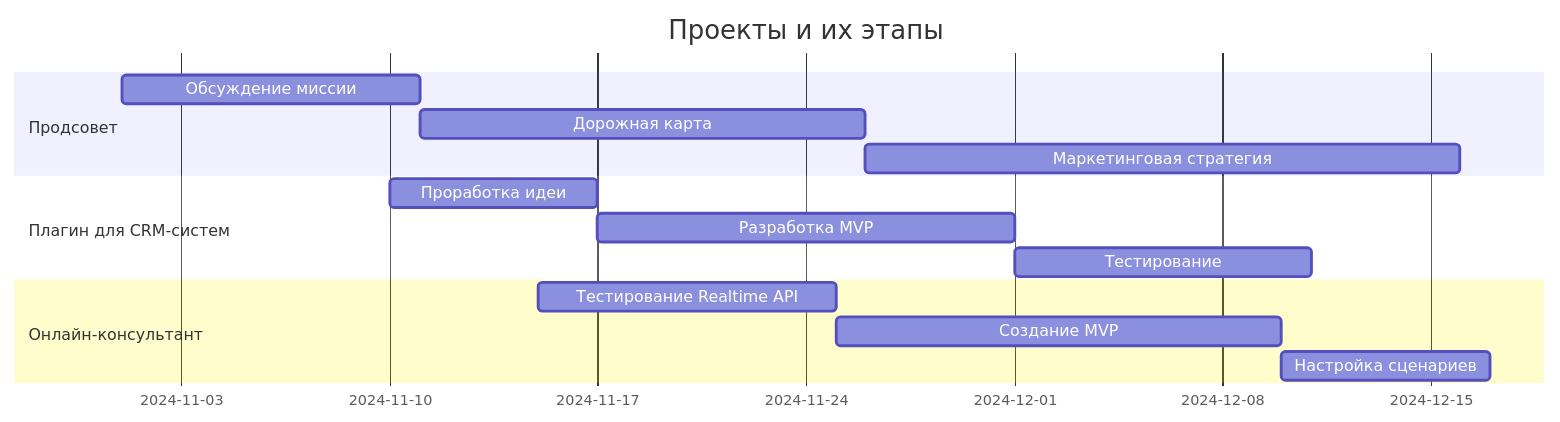
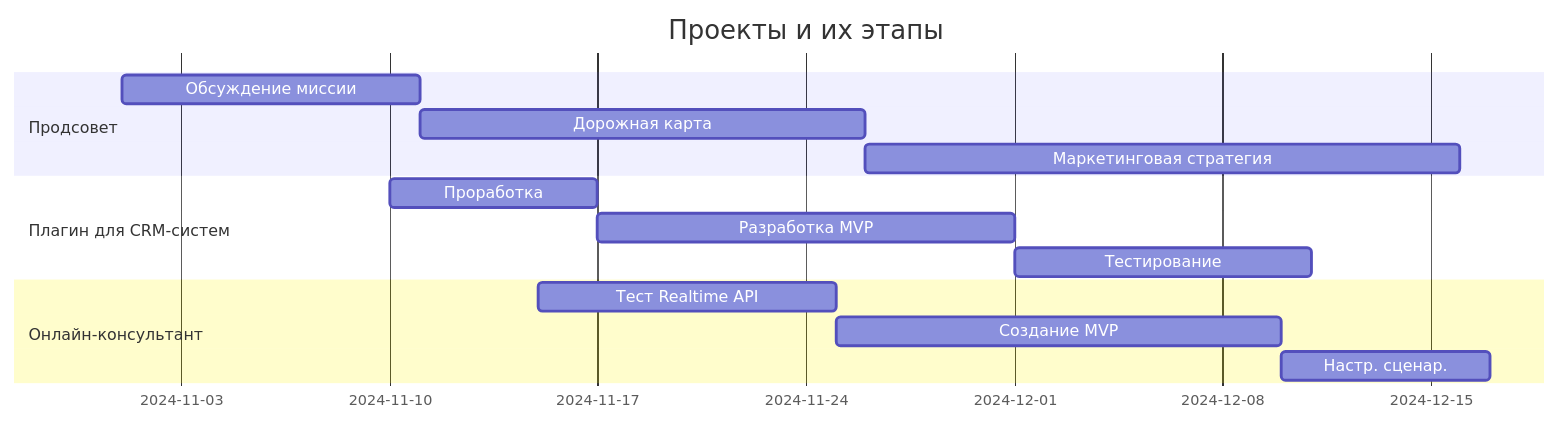
One commit to Dan4eck/Quartz_blog changed the second of 6 diagrams in content/0. Community/📂 Пул проектов/Текущие проекты таблици и Mermaid.md. Above: the diagram before and after it, drawn with Mermaid. The commit also changed other lines of this file, not shown here.

````diff
--- a/content/0. Community/📂 Пул проектов/Текущие проекты таблици и Mermaid.md
+++ b/content/0. Community/📂 Пул проектов/Текущие проекты таблици и Mermaid.md
@@ -35,17 +31,17 @@
 ```mermaid
 gantt
     title Проекты и их этапы
-    dateFormat  YYYY-MM-DD
+    dateFormat  DD-MM-YYYY
     section Продсовет
-    Обсуждение миссии          :a1, 2024-11-01, 10d
+    Обсуждение миссии          :a1, 01-11-2024, 10d
     Дорожная карта             :a2, after a1, 15d
     Маркетинговая стратегия    :a3, after a2, 20d
     section Плагин для CRM-систем
-    Проработка идеи            :b1, 2024-11-10, 7d
+    Проработка                 :b1, 10-11-2024, 7d
     Разработка MVP             :b2, after b1, 14d
     Тестирование               :b3, after b2, 10d
     section Онлайн-консультант
-    Тестирование Realtime API  :c1, 2024-11-15, 10d
+    Тест Realtime API          :c1, 15-11-2024, 10d
     Создание MVP               :c2, after c1, 15d
-    Настройка сценариев        :c3, after c2, 7d
+    Настр. сценар.              :c3, after c2, 7d
 ```
````
